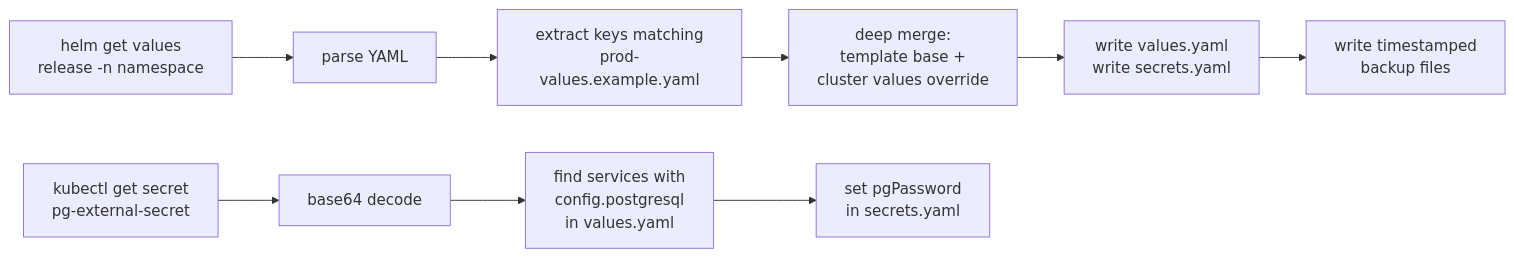
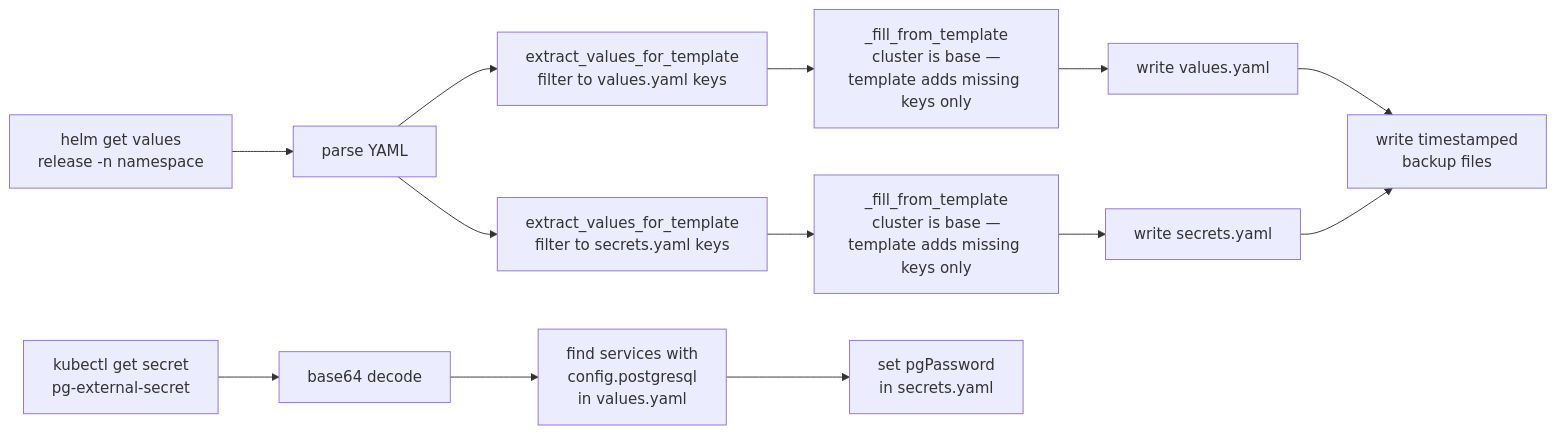
One commit to wireapp/wire-upgrade-tool changed the third of 4 diagrams in README.md. Above: the diagram before and after it, drawn with Mermaid. The commit also changed other lines of this file and 17 other files, not shown here.

First line of the commit message:
feat: values sync fix, cassandra backup, sync-chart-images, tests, docs

````diff
--- a/README.md
+++ b/README.md
@@ -281,12 +307,16 @@
 ```mermaid
 flowchart LR
     A[helm get values\nrelease -n namespace] --> B[parse YAML]
-    B --> C[extract keys matching\nprod-values.example.yaml]
-    C --> D[deep merge:\ntemplate base +\ncluster values override]
-    D --> E[write values.yaml\nwrite secrets.yaml]
+    B --> C[extract_values_for_template\nfilter to values.yaml keys]
+    C --> D[_fill_from_template\ncluster is base —\ntemplate adds missing keys only]
+    D --> E[write values.yaml]
+    B --> C2[extract_values_for_template\nfilter to secrets.yaml keys]
+    C2 --> D2[_fill_from_template\ncluster is base —\ntemplate adds missing keys only]
+    D2 --> E2[write secrets.yaml]
     E --> F[write timestamped\nbackup files]
+    E2 --> F
 
     G[kubectl get secret\npg-external-secret] --> H[base64 decode]
     H --> I[find services with\nconfig.postgresql\nin values.yaml]
     I --> J[set pgPassword\nin secrets.yaml]
 ```
````
